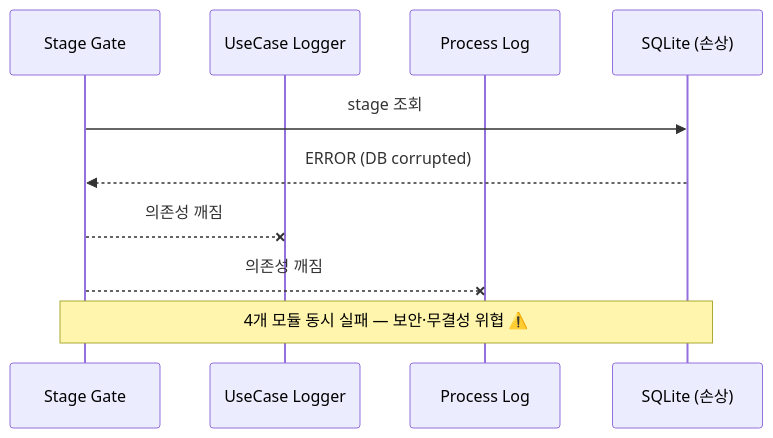
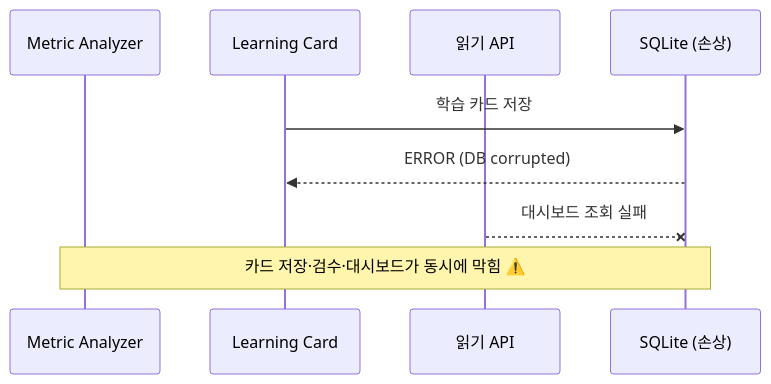
Before and after one commit to YujunOh/NaN-SE: the fifth of 6 diagrams in docs/REQUIREMENTS.md, drawn with Mermaid. The commit also changed other lines of this file, not shown here.

Commit message:
docs: REQUIREMENTS 정리 (Stage 표기·용어)

````diff
--- a/docs/REQUIREMENTS.md
+++ b/docs/REQUIREMENTS.md
@@ -174,13 +172,12 @@
 ```mermaid
 sequenceDiagram
-    participant SG as Stage Gate
-    participant UL as UseCase Logger
-    participant PL as Process Log
+    participant MA as Metric Analyzer
+    participant LC as Learning Card
+    participant API as 읽기 API
     participant DB as SQLite (손상)
 
-    SG->>DB: stage 조회
-    DB-->>SG: ERROR (DB corrupted)
-    SG--xUL: 의존성 깨짐
-    SG--xPL: 의존성 깨짐
-    Note over SG,DB: 4개 모듈 동시 실패 — 보안·무결성 위협 ⚠️
+    LC->>DB: 학습 카드 저장
+    DB-->>LC: ERROR (DB corrupted)
+    API--xDB: 대시보드 조회 실패
+    Note over MA,DB: 카드 저장·검수·대시보드가 동시에 막힘 ⚠️
 ```
````
